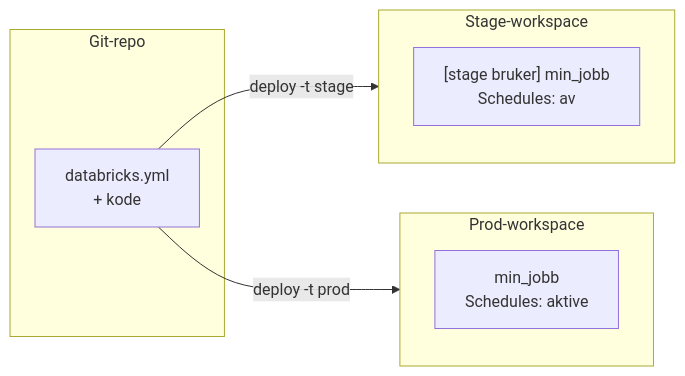
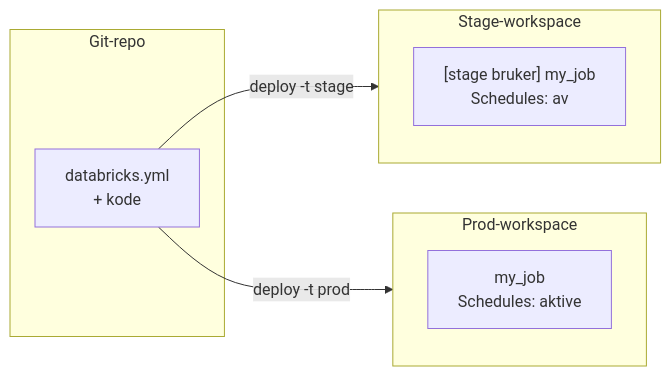
One commit to oslokommune/padda-golden-path changed the first of 2 diagrams in docs/om-plattformen/konsepter/databricks-bundles.md. Above: the diagram before and after it, drawn with Mermaid. The commit also changed other lines of this file and 16 other files, not shown here.

````diff
--- a/docs/om-plattformen/konsepter/databricks-bundles.md
+++ b/docs/om-plattformen/konsepter/databricks-bundles.md
@@ -25,14 +37,14 @@
 ```mermaid
 flowchart LR
     subgraph Repo["Git-repo"]
         B["databricks.yml\n+ kode"]
     end
     subgraph Stage["Stage-workspace"]
-        D["[stage bruker] min_jobb\nSchedules: av"]
+        D["[stage bruker] my_job\nSchedules: av"]
     end
     subgraph Prod["Prod-workspace"]
-        P["min_jobb\nSchedules: aktive"]
+        P["my_job\nSchedules: aktive"]
     end
     B -->|"deploy -t stage"| Stage
     B -->|"deploy -t prod"| Prod
 ```
````
